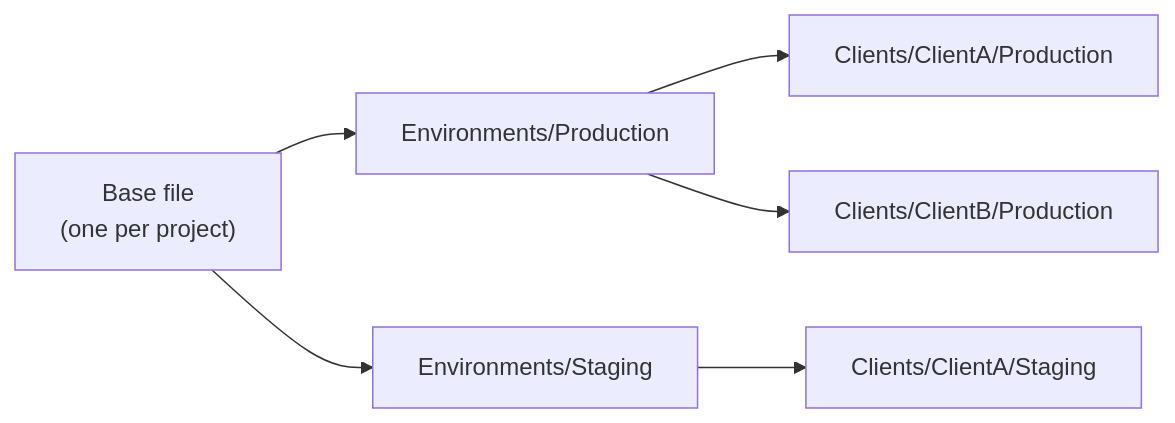
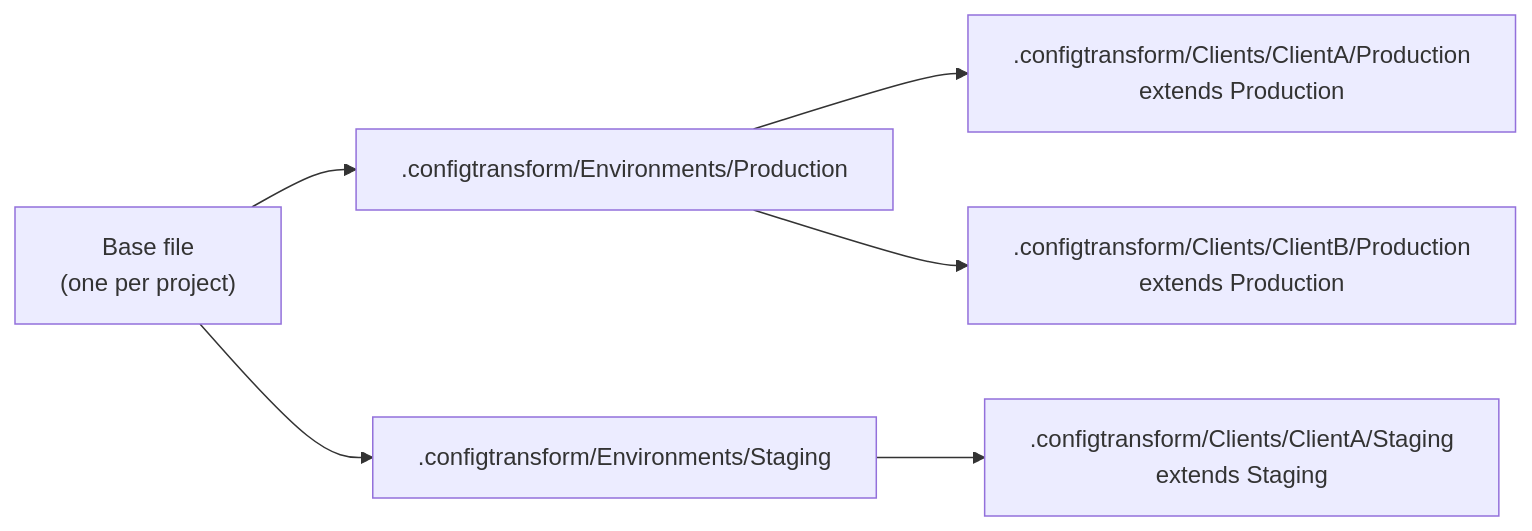
Before and after one commit to taljacob2/config-transform: the second of 2 diagrams in docs/GETTING_STARTED.md, drawn with Mermaid. The commit also changed other lines of this file and 88 other files, not shown here.

````diff
--- a/docs/GETTING_STARTED.md
+++ b/docs/GETTING_STARTED.md
@@ -29,9 +32,9 @@
 ```mermaid
 flowchart LR
     Base["Base file<br/>(one per project)"]
-    Base --> P["Environments/Production"]
-    Base --> S["Environments/Staging"]
-    P --> PA["Clients/ClientA/Production"]
-    P --> PB["Clients/ClientB/Production"]
-    S --> SA["Clients/ClientA/Staging"]
+    Base --> P[".configtransform/Environments/Production"]
+    Base --> S[".configtransform/Environments/Staging"]
+    P --> PA[".configtransform/Clients/ClientA/Production<br/>extends Production"]
+    P --> PB[".configtransform/Clients/ClientB/Production<br/>extends Production"]
+    S --> SA[".configtransform/Clients/ClientA/Staging<br/>extends Staging"]
 ```
````
